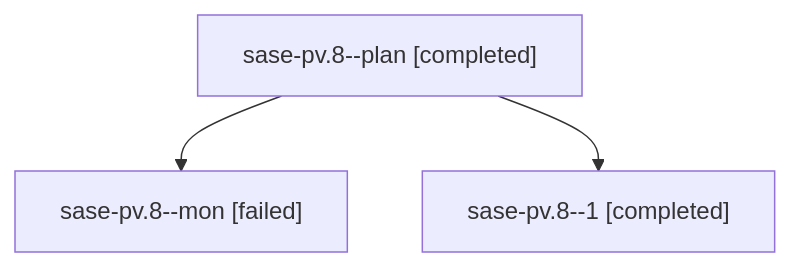
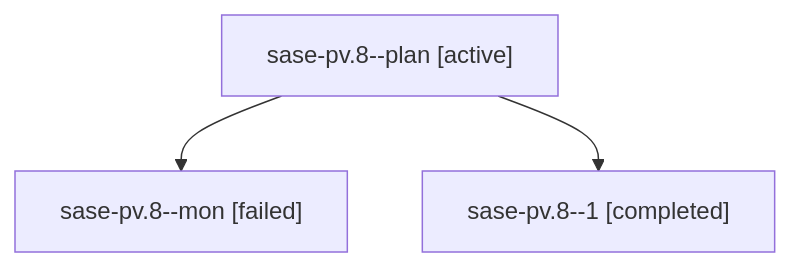
Before and after one commit to sase-org/sase--agents: the diagram in families/bbugyi200.athena.sase-pv.8.md, drawn with Mermaid. The commit also changed other lines of this file and 35830 other files, not shown here.

````diff
--- a/families/bbugyi200.athena.sase-pv.8.md
+++ b/families/bbugyi200.athena.sase-pv.8.md
@@ -9,8 +9,8 @@
 ```mermaid
 flowchart TD
-  n0["sase-pv.8--plan [completed]"]
+  n0["sase-pv.8--plan [active]"]
   n1["sase-pv.8--mon [failed]"]
   n0 --> n1
   n2["sase-pv.8--1 [completed]"]
   n0 --> n2
 ```
````
